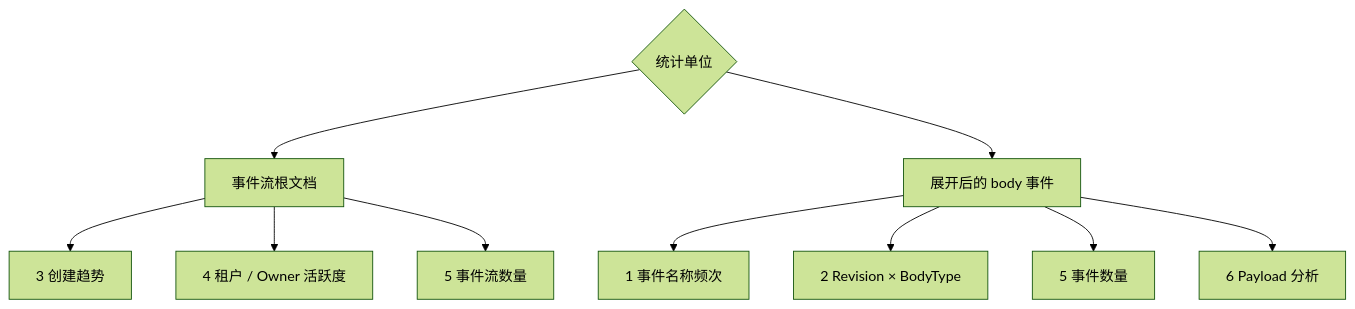
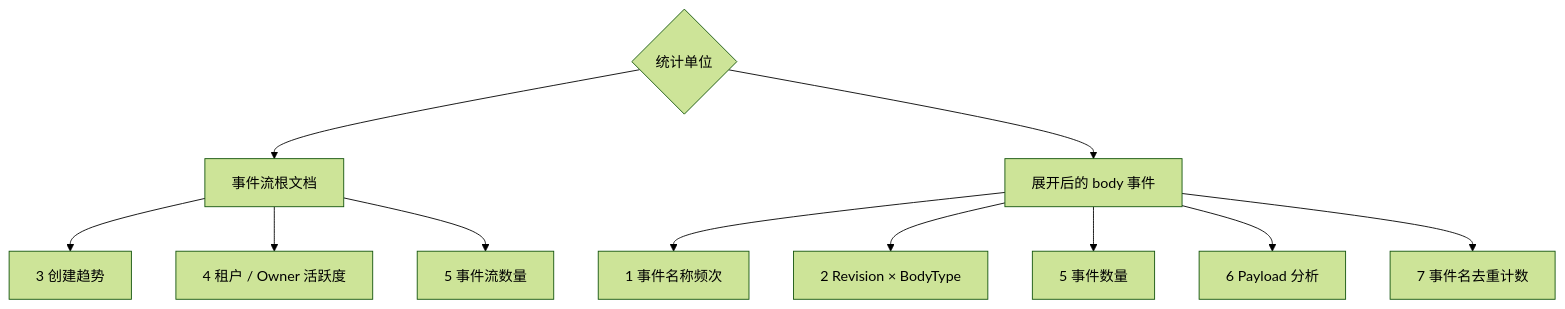
One commit to Ahoo-Wang/Wow changed the diagram in documentation/docs/zh/guide/query/event-stream-aggregation.md. Above: the diagram before and after it, drawn with Mermaid (forest theme). The commit also changed other lines of this file and 34 other files, not shown here.

````diff
--- a/documentation/docs/zh/guide/query/event-stream-aggregation.md
+++ b/documentation/docs/zh/guide/query/event-stream-aggregation.md
@@ -28,12 +28,13 @@
 ```mermaid
 flowchart TB
     Unit{"统计单位"} --> Root["事件流根文档"]
     Unit --> Event["展开后的 body 事件"]
     Root --> S3["3 创建趋势"]
     Root --> S4["4 租户 / Owner 活跃度"]
     Root --> S5Root["5 事件流数量"]
     Event --> S1["1 事件名称频次"]
     Event --> S2["2 Revision × BodyType"]
     Event --> S5Event["5 事件数量"]
     Event --> S6["6 Payload 分析"]
+    Event --> S7["7 事件名去重计数"]
 ```
````
